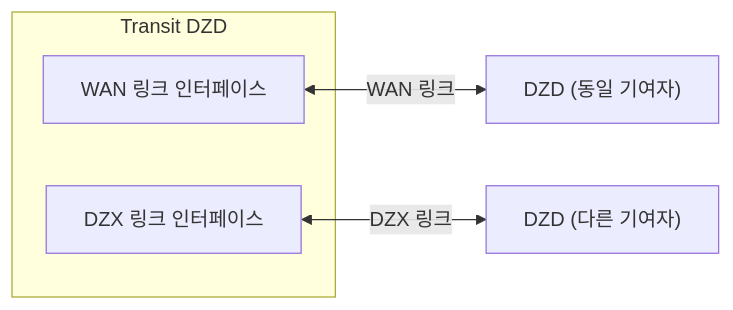
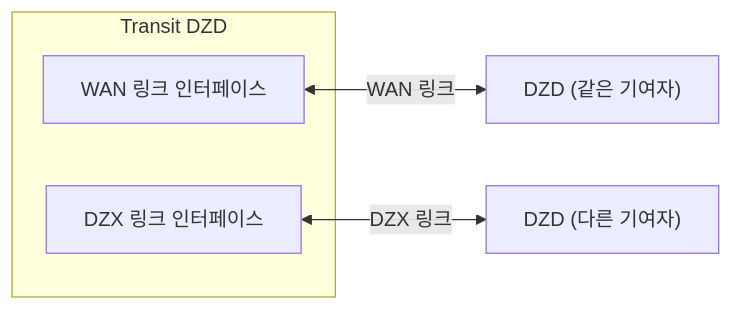
Before and after one commit to malbeclabs/docs: the sixth of 7 diagrams in docs/contribute-provisioning.ko.md, drawn with Mermaid. The commit also changed other lines of this file and 27 other files, not shown here.

````diff
--- a/docs/contribute-provisioning.ko.md
+++ b/docs/contribute-provisioning.ko.md
@@ -335,9 +301,9 @@
 ```mermaid
 flowchart LR
     subgraph TDZD[Transit DZD]
         T_WAN["WAN 링크 인터페이스"]
         T_DZX["DZX 링크 인터페이스"]
     end
-    T_WAN <-->|WAN 링크| T2["DZD (동일 기여자)"]
+    T_WAN <-->|WAN 링크| T2["DZD (같은 기여자)"]
     T_DZX <-->|DZX 링크| TD["DZD (다른 기여자)"]
 ```
````
